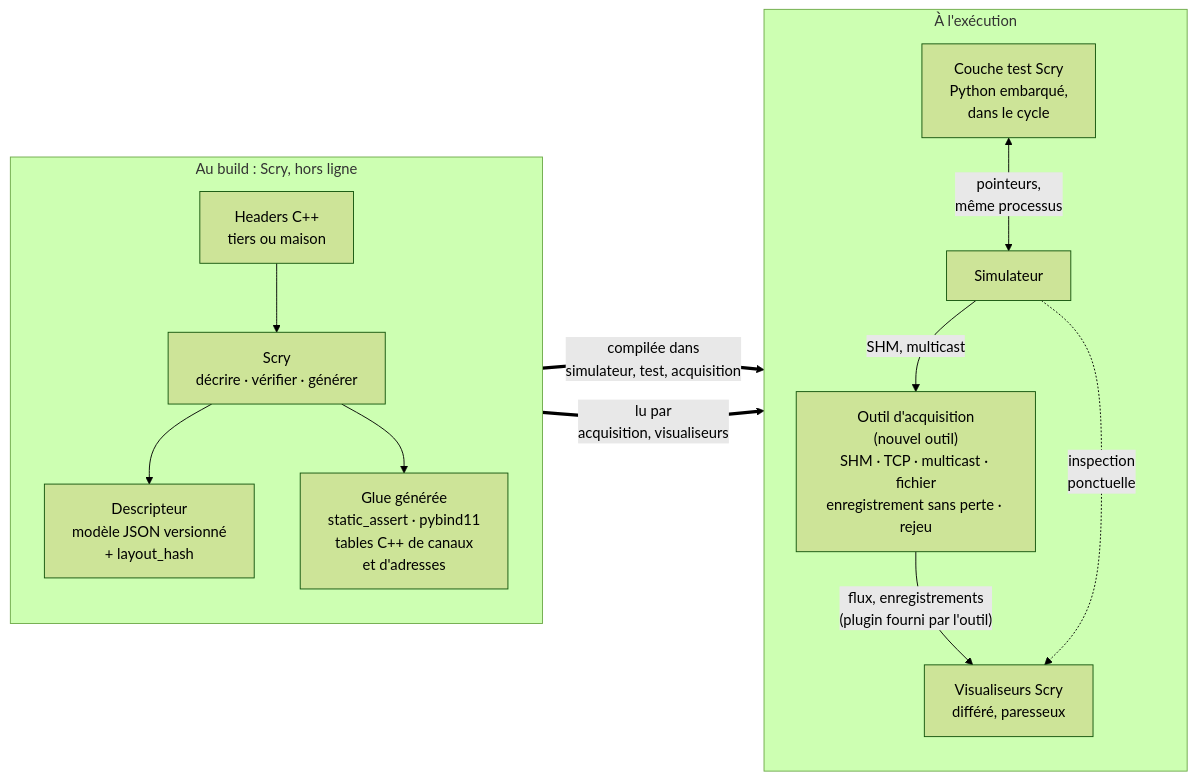
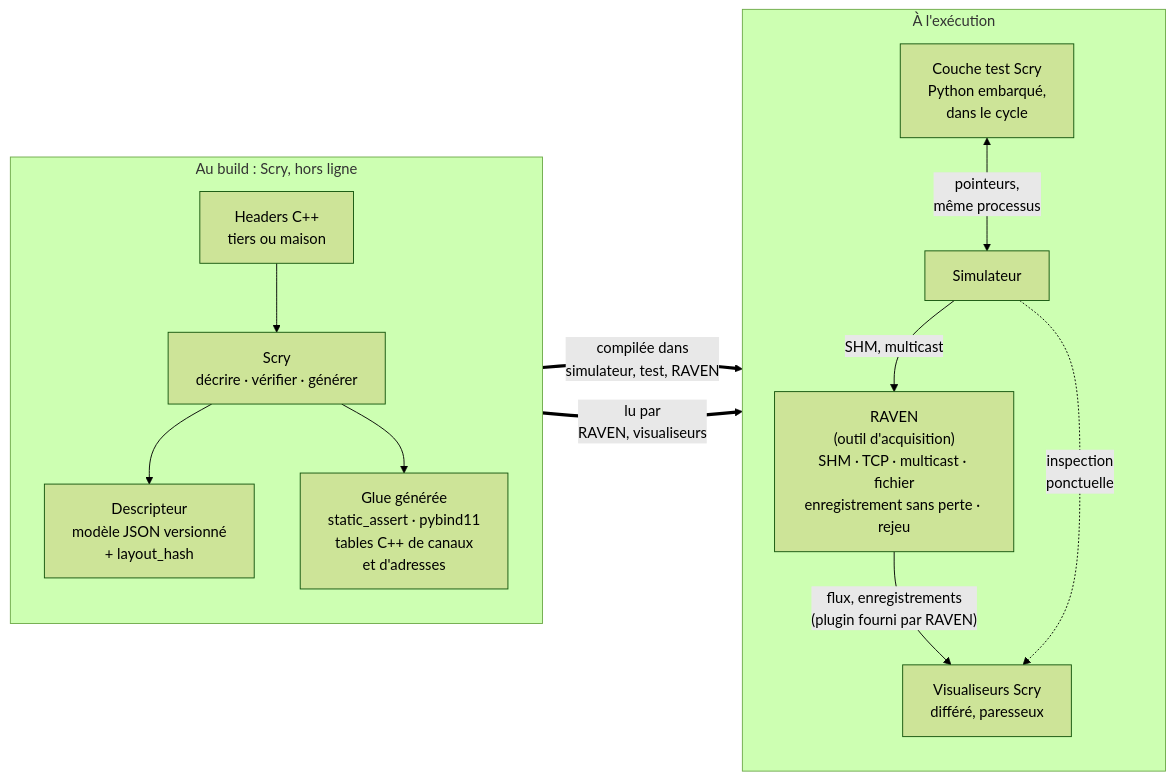
Before and after one commit to benhizia/scry: the diagram in docs/ARCHITECTURE_BRIQUES.md, drawn with Mermaid (forest theme). The commit also changed other lines of this file and 3 other files, not shown here.

First line of the commit message:
docs: nommer l'outil d'acquisition RAVEN

````diff
--- a/docs/ARCHITECTURE_BRIQUES.md
+++ b/docs/ARCHITECTURE_BRIQUES.md
@@ -112,24 +112,24 @@
 ```mermaid
 flowchart LR
     subgraph BUILD["Au build : Scry, hors ligne"]
         direction TB
         H["Headers C++<br/>tiers ou maison"] --> S["Scry<br/>décrire · vérifier · générer"]
         S --> D["Descripteur<br/>modèle JSON versionné<br/>+ layout_hash"]
         S --> G["Glue générée<br/>static_assert · pybind11<br/>tables C++ de canaux<br/>et d'adresses"]
     end
 
     subgraph RUN["À l'exécution"]
         direction TB
         T["Couche test Scry<br/>Python embarqué,<br/>dans le cycle"]
         SIM["Simulateur"]
-        A["Outil d'acquisition<br/>(nouvel outil)<br/>SHM · TCP · multicast · fichier<br/>enregistrement sans perte · rejeu"]
+        A["RAVEN<br/>(outil d'acquisition)<br/>SHM · TCP · multicast · fichier<br/>enregistrement sans perte · rejeu"]
         V["Visualiseurs Scry<br/>différé, paresseux"]
         T <-- "pointeurs,<br/>même processus" --> SIM
         SIM -- "SHM, multicast" --> A
-        A -- "flux, enregistrements<br/>(plugin fourni par l'outil)" --> V
+        A -- "flux, enregistrements<br/>(plugin fourni par RAVEN)" --> V
         SIM -. "inspection<br/>ponctuelle" .-> V
     end
 
-    G == "compilée dans<br/>simulateur, test, acquisition" ==> RUN
-    D == "lu par<br/>acquisition, visualiseurs" ==> RUN
+    G == "compilée dans<br/>simulateur, test, RAVEN" ==> RUN
+    D == "lu par<br/>RAVEN, visualiseurs" ==> RUN
 ```
````
